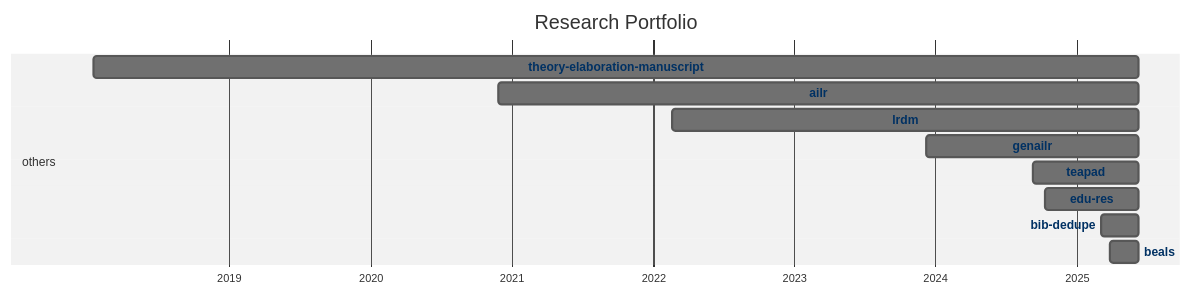
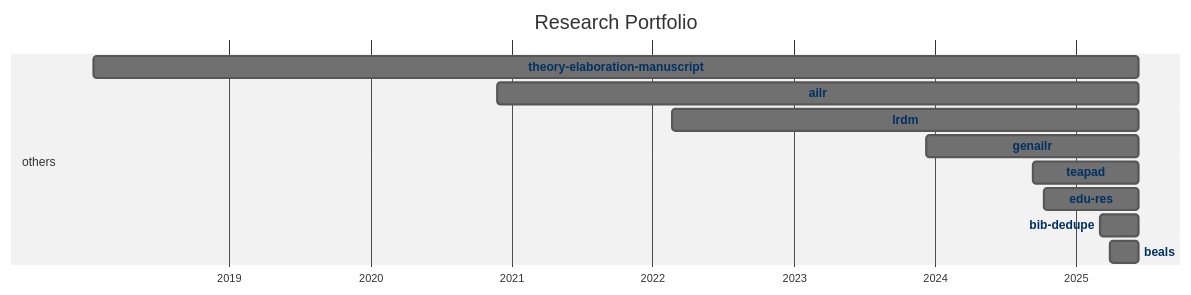
Before and after one commit to digital-work-lab/handbook: the diagram in docs/20-research/25-projects-gantt.md, drawn with Mermaid (neutral theme).

Commit message:
Update repository overview

````diff
--- a/docs/20-research/25-projects-gantt.md
+++ b/docs/20-research/25-projects-gantt.md
@@ -8,35 +8,35 @@
 ```mermaid
 ---
 displayMode: compact
 ---
 gantt
 title Research Portfolio
 dateFormat YYYY-MM-DD
 axisFormat %Y
 
     section work_practices
 
     section distributed_organizing
 
     section knowledge_synthesis
 
     section others
-        beals :beals, 2025-03-28, 2025-06-10
-        bib-dedupe :bib-dedupe, 2025-03-04, 2025-06-10
-        edu-res :edu-res, 2024-10-10, 2025-06-10
-        teapad :teapad, 2024-09-10, 2025-06-10
-        genailr :genailr, 2023-12-10, 2025-06-10
-        lrdm :lrdm, 2022-02-20, 2025-06-10
-        ailr :ailr, 2020-11-26, 2025-06-10
-        theory-elaboration-manuscript :theory-elaboration-manuscript, 2018-01-15, 2025-06-10
+        beals :beals, 2025-03-28, 2025-06-11
+        bib-dedupe :bib-dedupe, 2025-03-04, 2025-06-11
+        edu-res :edu-res, 2024-10-10, 2025-06-11
+        teapad :teapad, 2024-09-10, 2025-06-11
+        genailr :genailr, 2023-12-10, 2025-06-11
+        lrdm :lrdm, 2022-02-20, 2025-06-11
+        ailr :ailr, 2020-11-26, 2025-06-11
+        theory-elaboration-manuscript :theory-elaboration-manuscript, 2018-01-15, 2025-06-11
 
 
     click beals href "{{ site.baseurl }}/docs/20-research/25-projects/_repos/beals"
     click bib-dedupe href "{{ site.baseurl }}/docs/20-research/25-projects/_repos/bib-dedupe"
     click edu-res href "{{ site.baseurl }}/docs/20-research/25-projects/_repos/edu-res"
     click teapad href "{{ site.baseurl }}/docs/20-research/25-projects/_repos/teapad"
     click genailr href "{{ site.baseurl }}/docs/20-research/25-projects/_repos/genailr"
     click lrdm href "{{ site.baseurl }}/docs/20-research/25-projects/_repos/lrdm"
     click ailr href "{{ site.baseurl }}/docs/20-research/25-projects/_repos/ailr"
     click theory-elaboration-manuscript href "{{ site.baseurl }}/docs/20-research/25-projects/_repos/theory-elaboration-manuscript"
 ```
````
